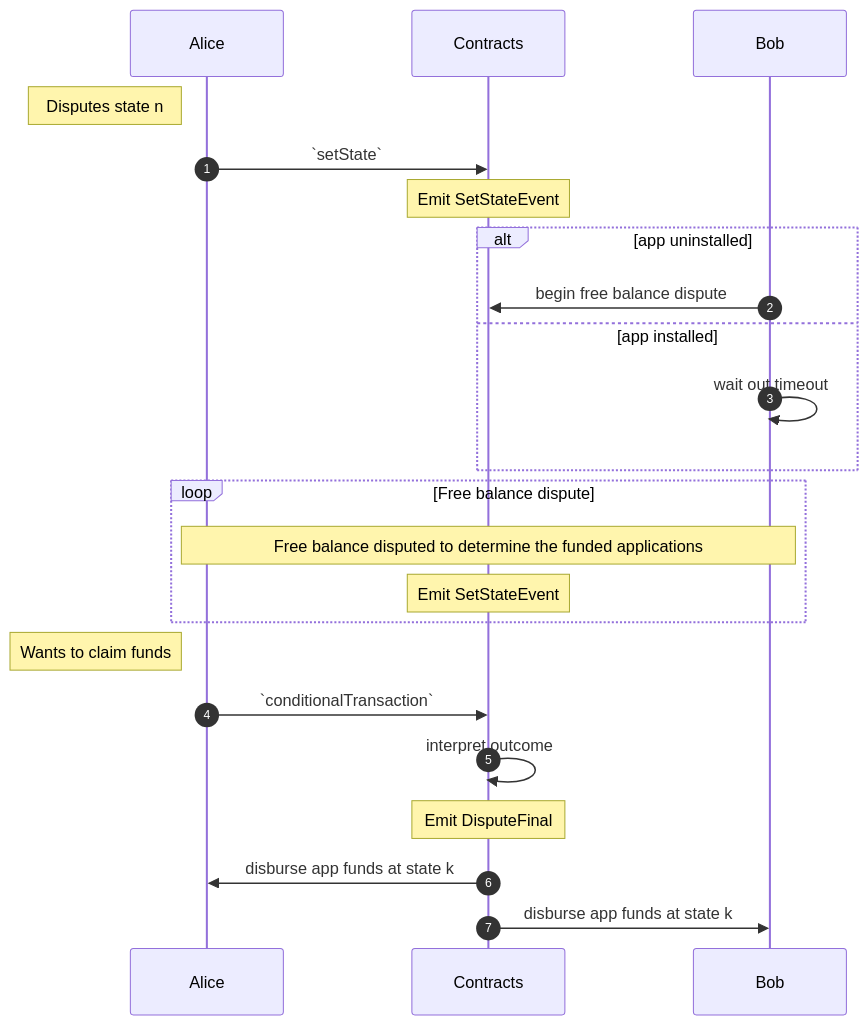
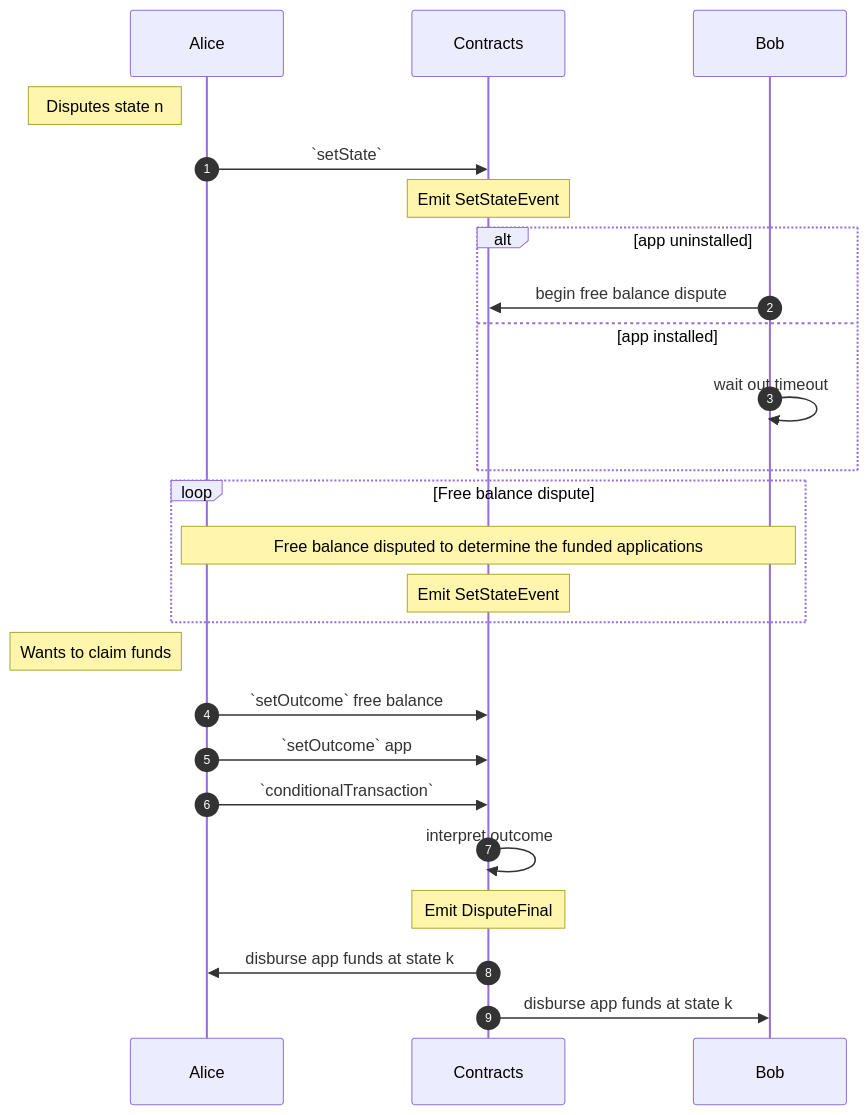
Before and after one commit to connext/indra: the diagram in docs/diagrams/adjudication/examples/swapApp.mmd, drawn with Mermaid. The commit also changed 2 other files, not shown here.

Commit message:
add set outcome calls

```diff
--- a/docs/diagrams/adjudication/examples/swapApp.mmd
+++ b/docs/diagrams/adjudication/examples/swapApp.mmd
@@ -1,34 +1,36 @@
 sequenceDiagram
   participant Alice
   participant Contracts
   participant Bob
 
   autonumber
 
   Note left of Alice: Disputes state n
 
   Alice->>Contracts: `setState`
 
   Note over Contracts: Emit SetStateEvent
   
   alt app uninstalled
     Bob->>Contracts: begin free balance dispute
   
   else app installed
     Bob->>Bob: wait out timeout
 
   end
 
   loop Free balance dispute
     Note over Alice,Bob: Free balance disputed to determine the funded applications
 
     Note over Contracts: Emit SetStateEvent
   end
 
   Note left of Alice: Wants to claim funds
+  Alice->>Contracts: `setOutcome` free balance
+  Alice->>Contracts: `setOutcome` app
   Alice->>Contracts: `conditionalTransaction`
   
   Contracts->>Contracts: interpret outcome
   Note over Contracts: Emit DisputeFinal
   Contracts->>Alice: disburse app funds at state k
   Contracts->>Bob: disburse app funds at state k
```
